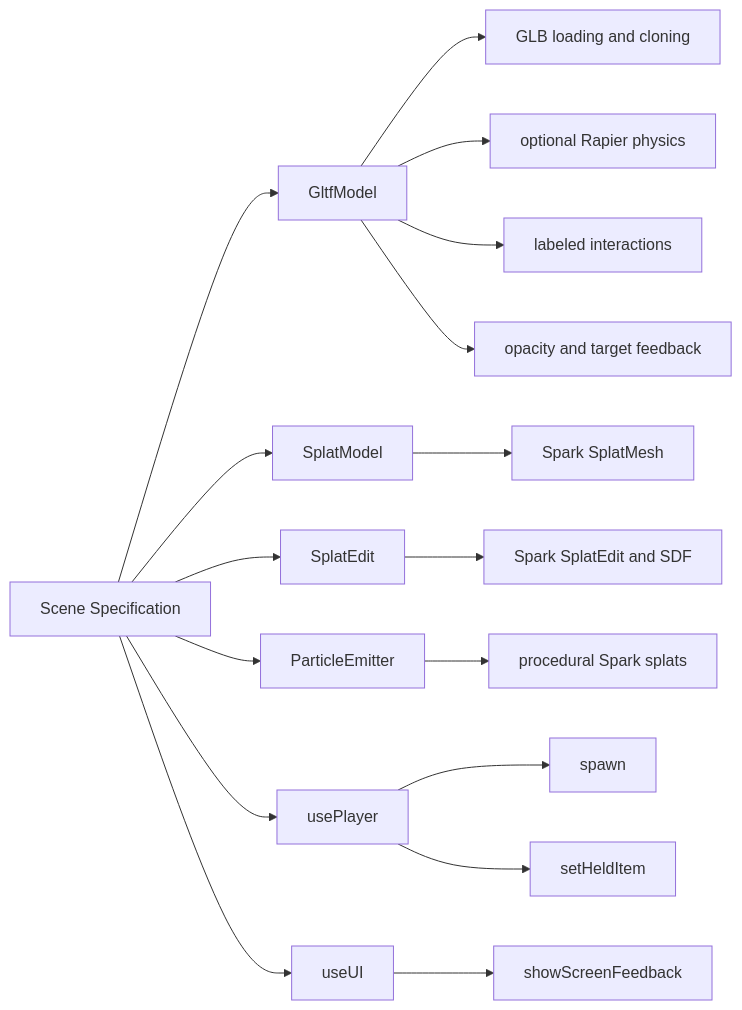
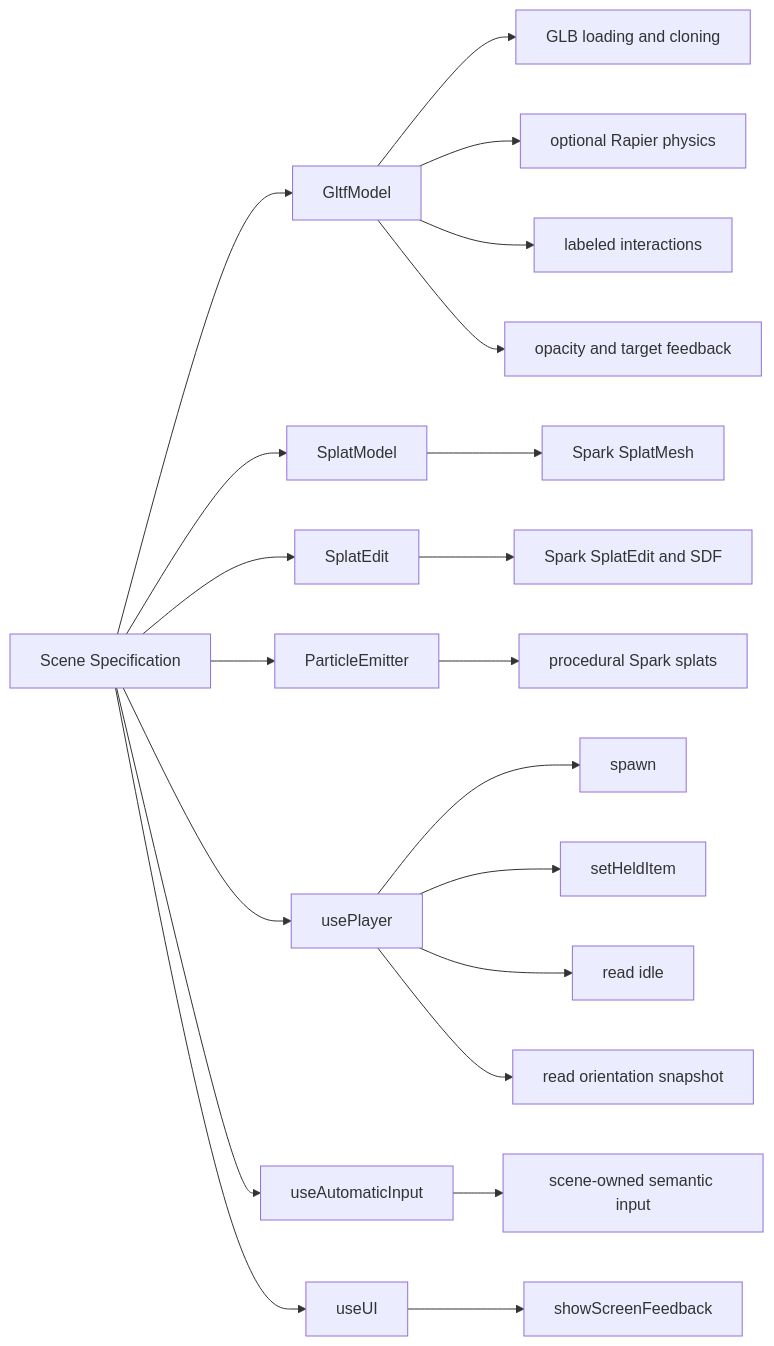
The fourth of 9 diagrams in docs/architecture.md (raolir/omnipraxis), drawn with Mermaid before and after one commit. The commit also changed other lines of this file and 8 other files, not shown here.

Commit message:
Add automatic idle camera motion

````diff
--- a/docs/architecture.md
+++ b/docs/architecture.md
@@ -80,25 +80,30 @@
 ```mermaid
 flowchart LR
   Scene[Scene Specification]
 
   Scene --> GltfModel[GltfModel]
   Scene --> SplatModel[SplatModel]
   Scene --> SplatEdit[SplatEdit]
   Scene --> ParticleEmitter[ParticleEmitter]
   Scene --> PlayerAPI[usePlayer]
+  Scene --> AutomaticInputAPI[useAutomaticInput]
   Scene --> UIAPI[useUI]
 
   PlayerAPI --> Spawn[spawn]
   PlayerAPI --> HeldItem[setHeldItem]
+  PlayerAPI --> Idle[read idle]
+  PlayerAPI --> Orientation[read orientation snapshot]
+
+  AutomaticInputAPI --> AutomaticInput[scene-owned semantic input]
 
   UIAPI --> Feedback[showScreenFeedback]
 
   GltfModel --> GLBLoading[GLB loading and cloning]
   GltfModel --> OptionalPhysics[optional Rapier physics]
   GltfModel --> Interaction[labeled interactions]
   GltfModel --> MaterialFeedback[opacity and target feedback]
 
   SplatModel --> SparkSplat[Spark SplatMesh]
   SplatEdit --> SparkEdit[Spark SplatEdit and SDF]
   ParticleEmitter --> ProceduralSplats[procedural Spark splats]
 ```
````
